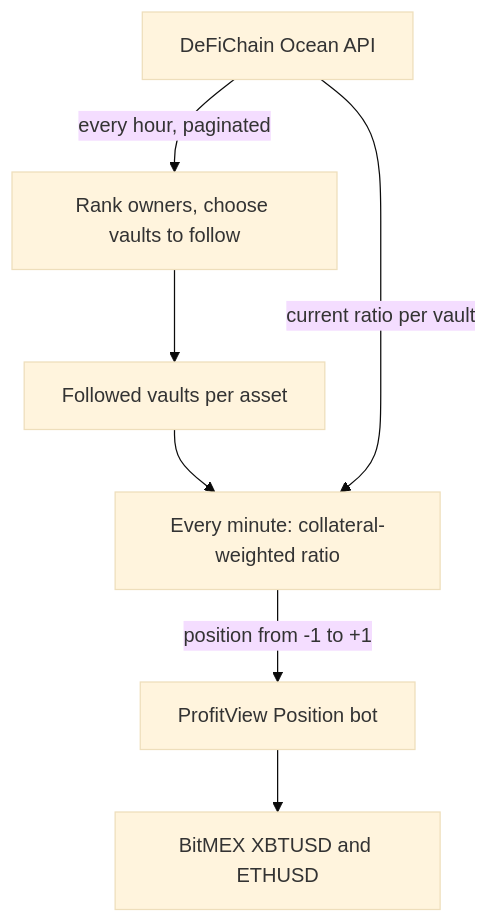
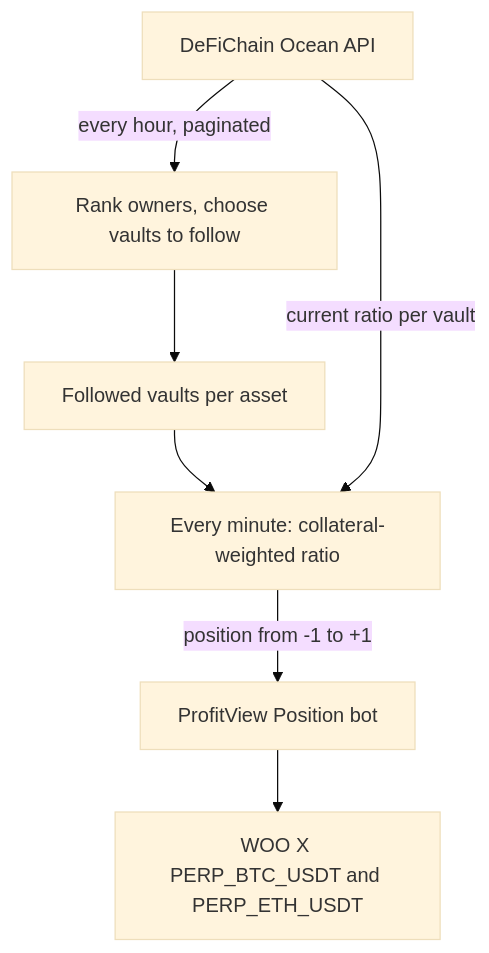
The diagram in README.md (rthickling/vault-face), drawn with Mermaid (base theme) before and after one commit. The commit also changed other lines of this file and 3 other files, not shown here.

First line of the commit message:
Switch from BitMEX, which has closed, to WOO X

````diff
--- a/README.md
+++ b/README.md
@@ -26,9 +26,9 @@
 ```mermaid
 flowchart TD
     Ocean["DeFiChain Ocean API"] -->|"every hour, paginated"| Refresh["Rank owners, choose vaults to follow"]
     Refresh --> Followed["Followed vaults per asset"]
     Followed --> Minute["Every minute: collateral-weighted ratio"]
     Ocean -->|"current ratio per vault"| Minute
     Minute -->|"position from -1 to +1"| PV["ProfitView Position bot"]
-    PV --> BitMEX["BitMEX XBTUSD and ETHUSD"]
+    PV --> WOOX["WOO X PERP_BTC_USDT and PERP_ETH_USDT"]
 ```
````
